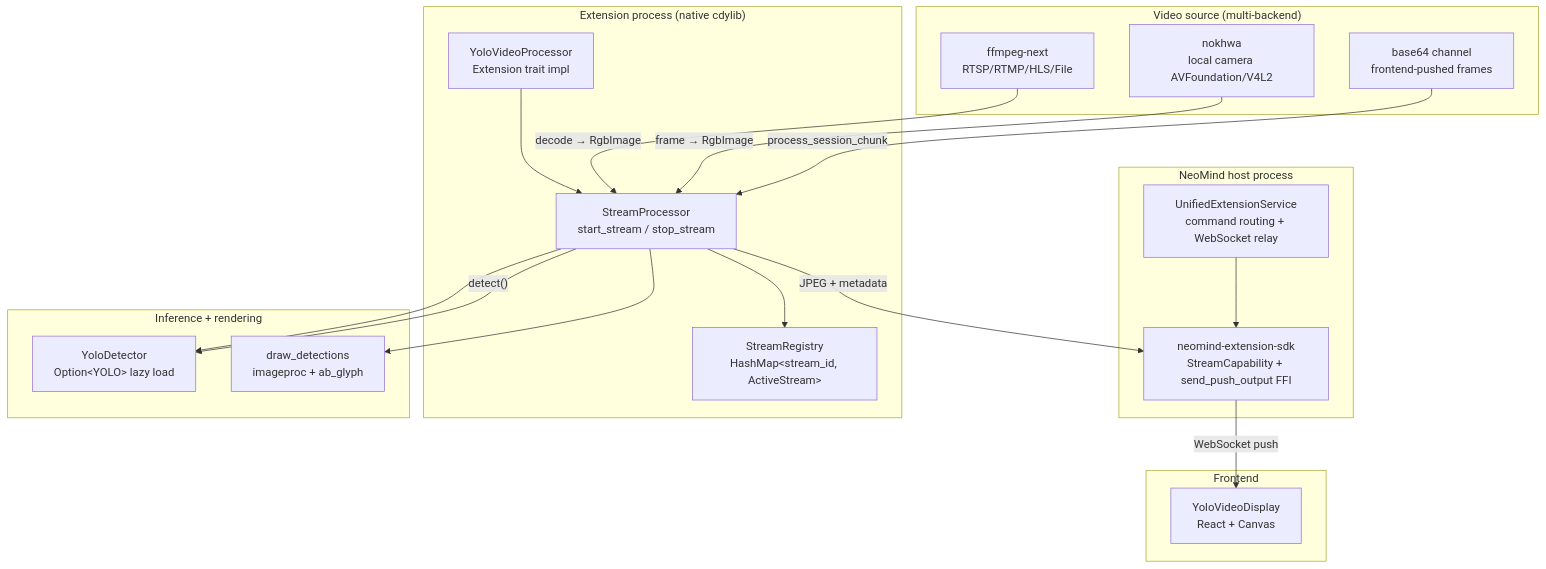
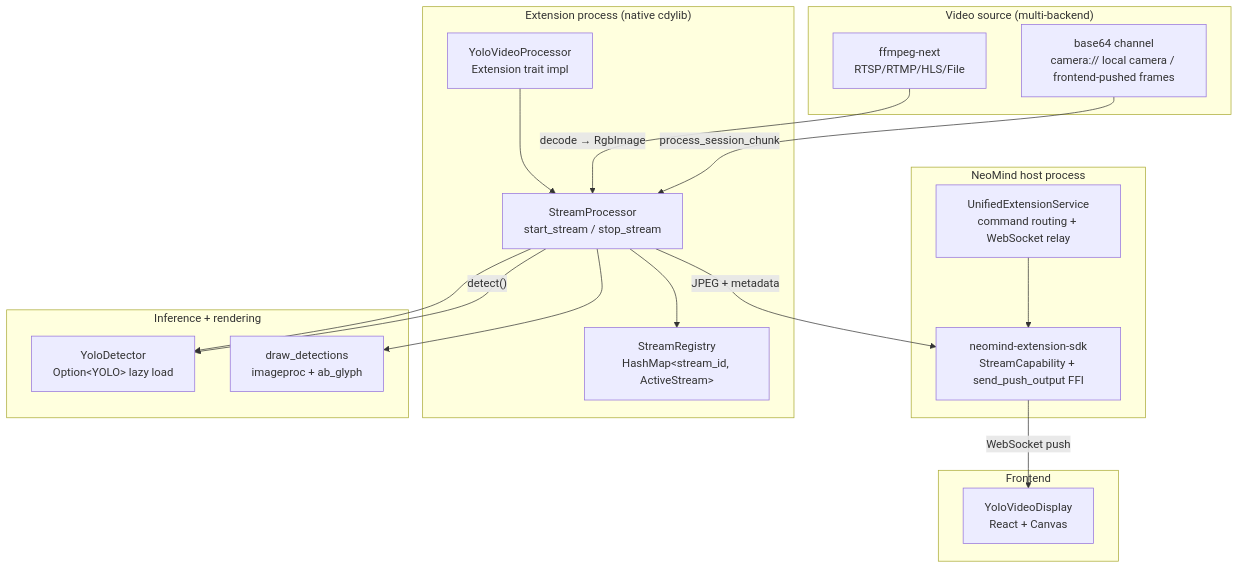
One commit to camthink-ai/wiki-documents changed the first of 2 diagrams in i18n/en/docusaurus-plugin-content-docs/current/0-neomind/developer-guide/case-studies/3-yolo-video-v2.md. Above: the diagram before and after it, drawn with Mermaid. The commit also changed other lines of this file and 64 other files, not shown here.

````diff
--- a/i18n/en/docusaurus-plugin-content-docs/current/0-neomind/developer-guide/case-studies/3-yolo-video-v2.md
+++ b/i18n/en/docusaurus-plugin-content-docs/current/0-neomind/developer-guide/case-studies/3-yolo-video-v2.md
@@ -61,40 +62,38 @@
 ```mermaid
 graph TB
     subgraph "NeoMind host process"
         RT[UnifiedExtensionService<br/>command routing + WebSocket relay]
         SDK[neomind-extension-sdk<br/>StreamCapability + send_push_output FFI]
         RT --> SDK
     end
 
     subgraph "Extension process (native cdylib)"
         EXT[YoloVideoProcessor<br/>Extension trait impl]
         PROC[StreamProcessor<br/>start_stream / stop_stream]
         REG[StreamRegistry<br/>HashMap&lt;stream_id, ActiveStream&gt;]
         EXT --> PROC
         PROC --> REG
     end
 
     subgraph "Inference + rendering"
         DET[YoloDetector<br/>Option&lt;YOLO&gt; lazy load]
         DRAW[draw_detections<br/>imageproc + ab_glyph]
         PROC --> DET
         PROC --> DRAW
     end
 
     subgraph "Video source (multi-backend)"
         FFMPEG[ffmpeg-next<br/>RTSP/RTMP/HLS/File]
-        NOKHWA[nokhwa<br/>local camera AVFoundation/V4L2]
-        BASE64[base64 channel<br/>frontend-pushed frames]
+        BASE64[base64 channel<br/>camera:// local camera / frontend-pushed frames]
     end
 
     subgraph "Frontend"
         FE[YoloVideoDisplay<br/>React + Canvas]
     end
 
     FFMPEG -->|"decode → RgbImage"| PROC
-    NOKHWA -->|"frame → RgbImage"| PROC
     BASE64 -->|"process_session_chunk"| PROC
     PROC -->|"detect()"| DET
     PROC -->|"JPEG + metadata"| SDK
     SDK -->|"WebSocket push"| FE
 ```
````
